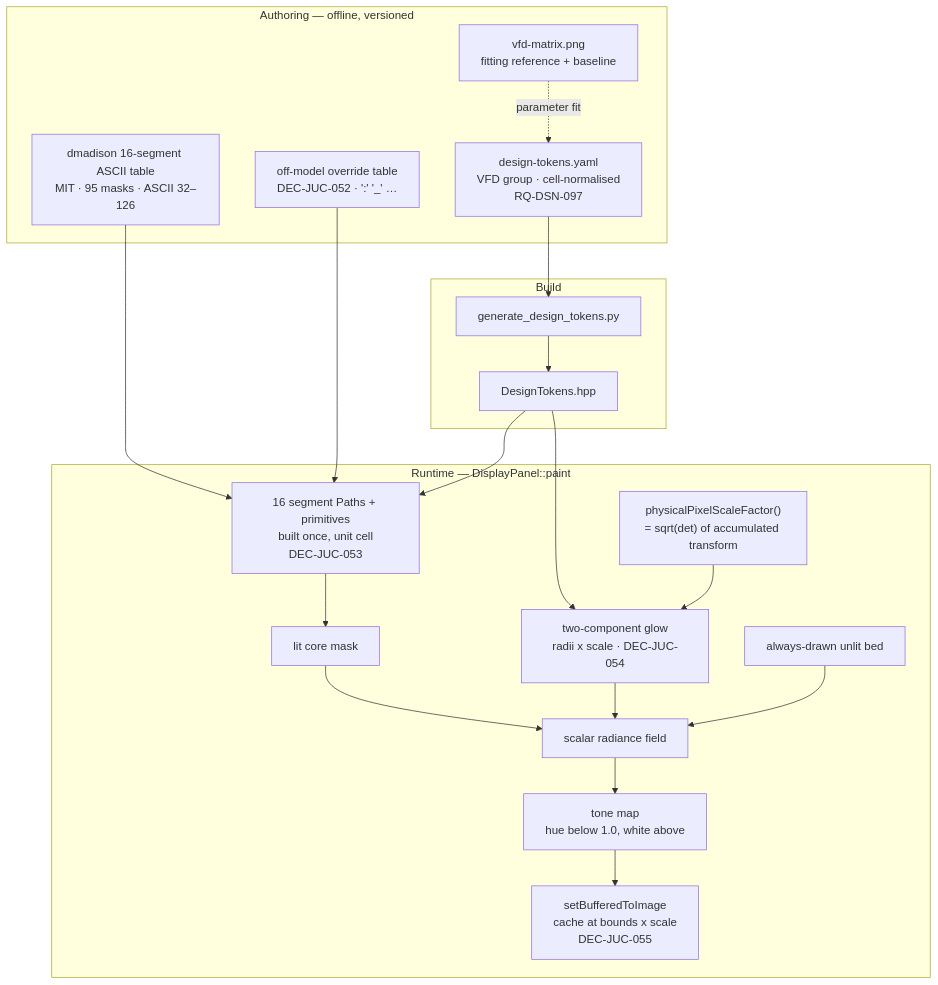
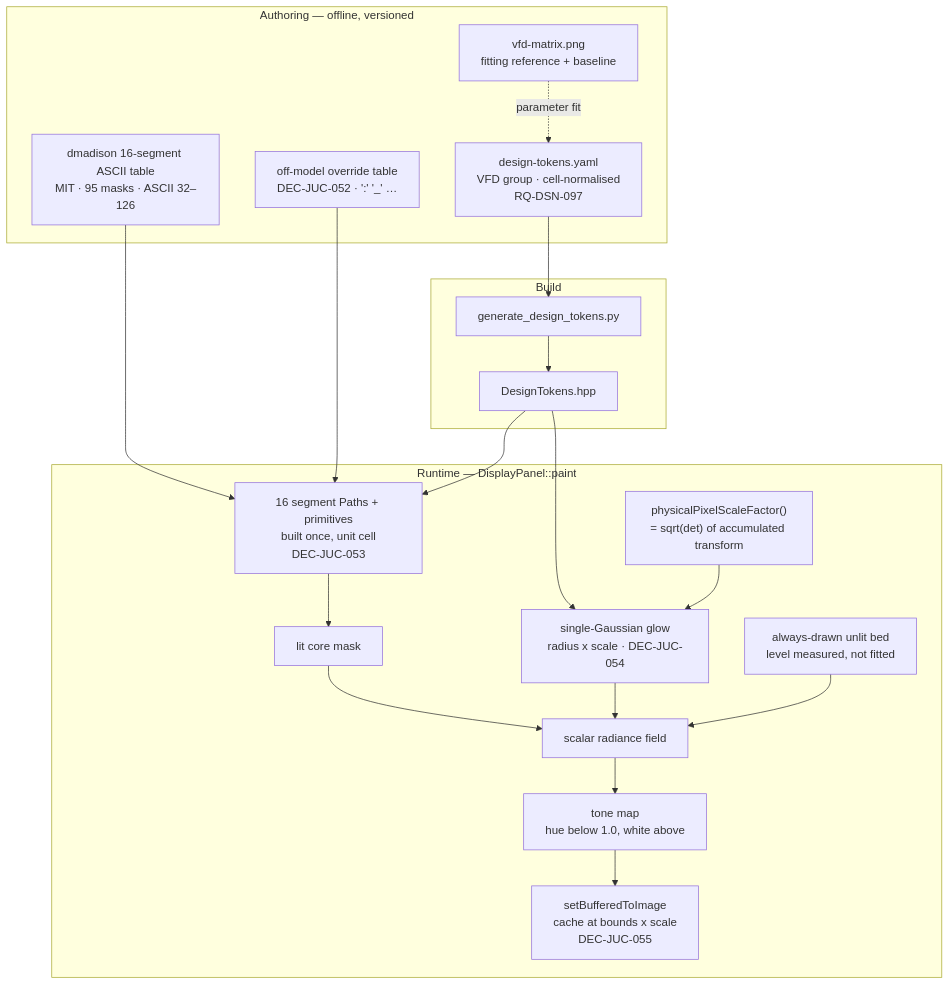
One commit to xplorer2716/XplorerEditor changed the diagram in process/2.architecture/ADR-JUC-023-vfd-vector-segment-rendering.md. Above: the diagram before and after it, drawn with Mermaid. The commit also changed other lines of this file and 2 other files, not shown here.

````diff
--- a/process/2.architecture/ADR-JUC-023-vfd-vector-segment-rendering.md
+++ b/process/2.architecture/ADR-JUC-023-vfd-vector-segment-rendering.md
@@ -178,38 +190,38 @@
 ```mermaid
 flowchart TD
     subgraph authoring["Authoring — offline, versioned"]
         LIB["dmadison 16-segment ASCII table<br/>MIT · 95 masks · ASCII 32–126"]
         OVR["off-model override table<br/>DEC-JUC-052 · ':' '_' …"]
         TOK["design-tokens.yaml<br/>VFD group · cell-normalised<br/>RQ-DSN-097"]
         REF["vfd-matrix.png<br/>fitting reference + baseline"]
         REF -.->|"parameter fit"| TOK
     end
 
     subgraph build["Build"]
         GEN["generate_design_tokens.py"]
         HDR["DesignTokens.hpp"]
         TOK --> GEN --> HDR
     end
 
     subgraph runtime["Runtime — DisplayPanel::paint"]
         PATHS["16 segment Paths + primitives<br/>built once, unit cell<br/>DEC-JUC-053"]
         SCALE["physicalPixelScaleFactor()<br/>= sqrt(det) of accumulated transform"]
         CORE["lit core mask"]
-        GLOW["two-component glow<br/>radii x scale · DEC-JUC-054"]
-        BED["always-drawn unlit bed"]
+        GLOW["single-Gaussian glow<br/>radius x scale · DEC-JUC-054"]
+        BED["always-drawn unlit bed<br/>level measured, not fitted"]
         FIELD["scalar radiance field"]
         TONE["tone map<br/>hue below 1.0, white above"]
         CACHE["setBufferedToImage<br/>cache at bounds x scale<br/>DEC-JUC-055"]
     end
 
     LIB --> PATHS
     OVR --> PATHS
     HDR --> PATHS
     HDR --> GLOW
     PATHS --> CORE
     SCALE --> GLOW
     CORE --> FIELD
     GLOW --> FIELD
     BED --> FIELD
     FIELD --> TONE --> CACHE
 ```
````
